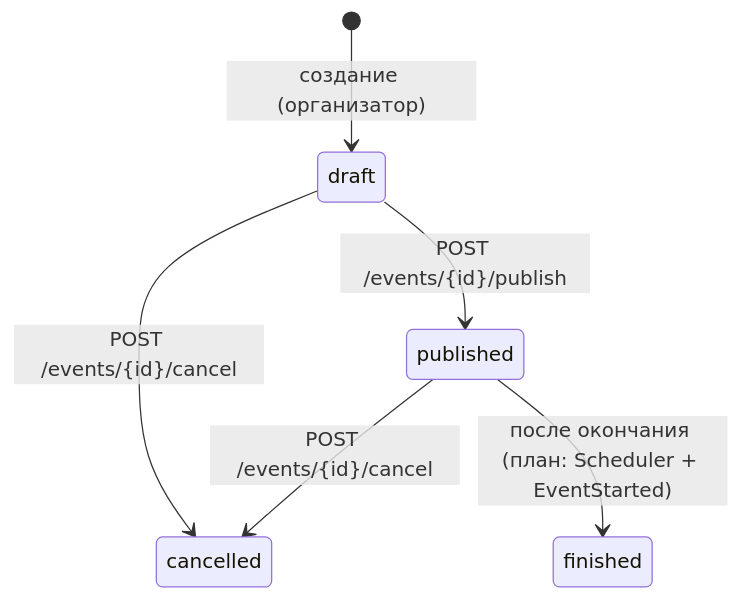
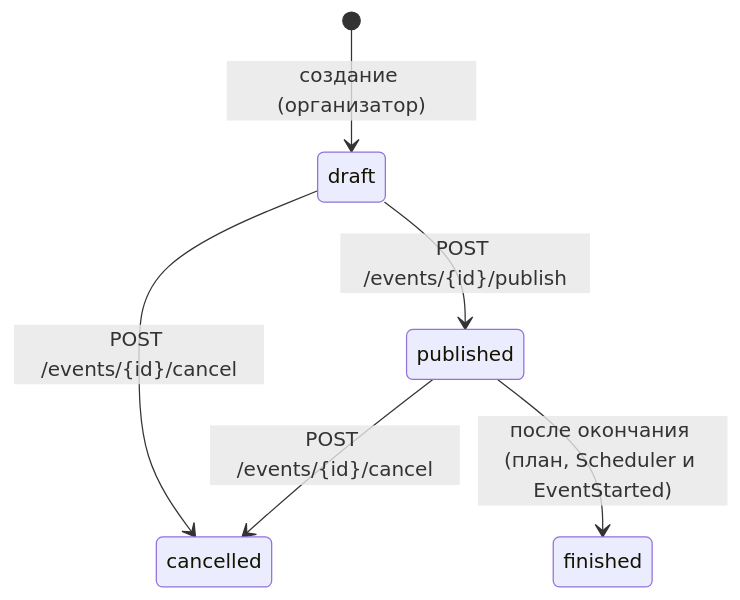
One commit to abdullaaxadov2-ops/ticket-project changed the second of 3 diagrams in docs/02-ARCHITECTURE.md. Above: the diagram before and after it, drawn with Mermaid. The commit also changed other lines of this file and 6 other files, not shown here.

````diff
--- a/docs/02-ARCHITECTURE.md
+++ b/docs/02-ARCHITECTURE.md
@@ -183,8 +233,8 @@
 ```mermaid
 stateDiagram-v2
     [*] --> draft : создание (организатор)
     draft --> published : POST /events/{id}/publish
     draft --> cancelled : POST /events/{id}/cancel
     published --> cancelled : POST /events/{id}/cancel
-    published --> finished : после окончания (план: Scheduler + EventStarted)
+    published --> finished : после окончания (план, Scheduler и EventStarted)
 ```
````
